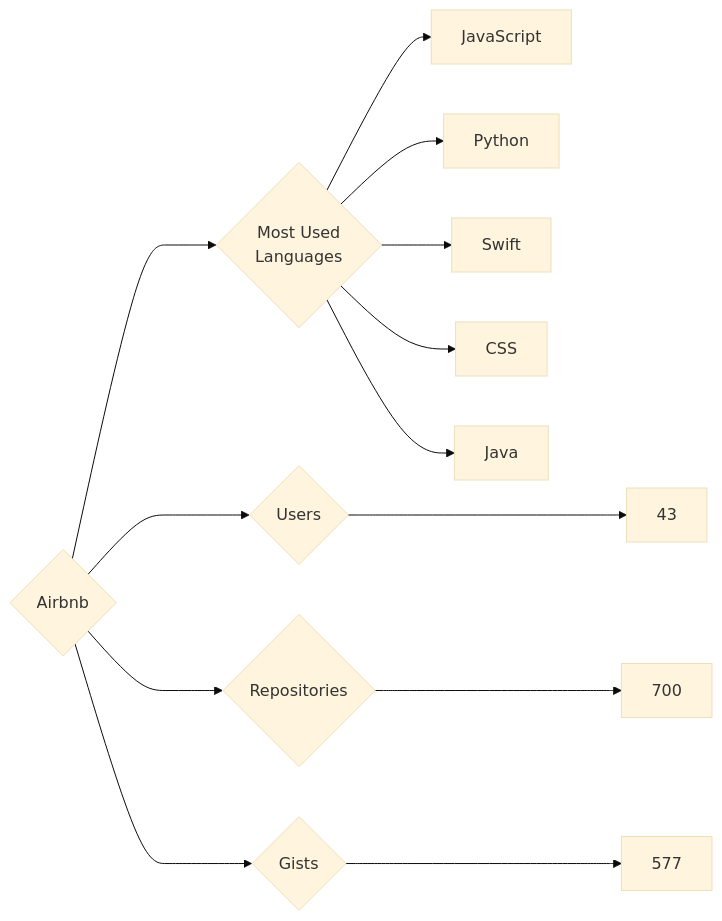
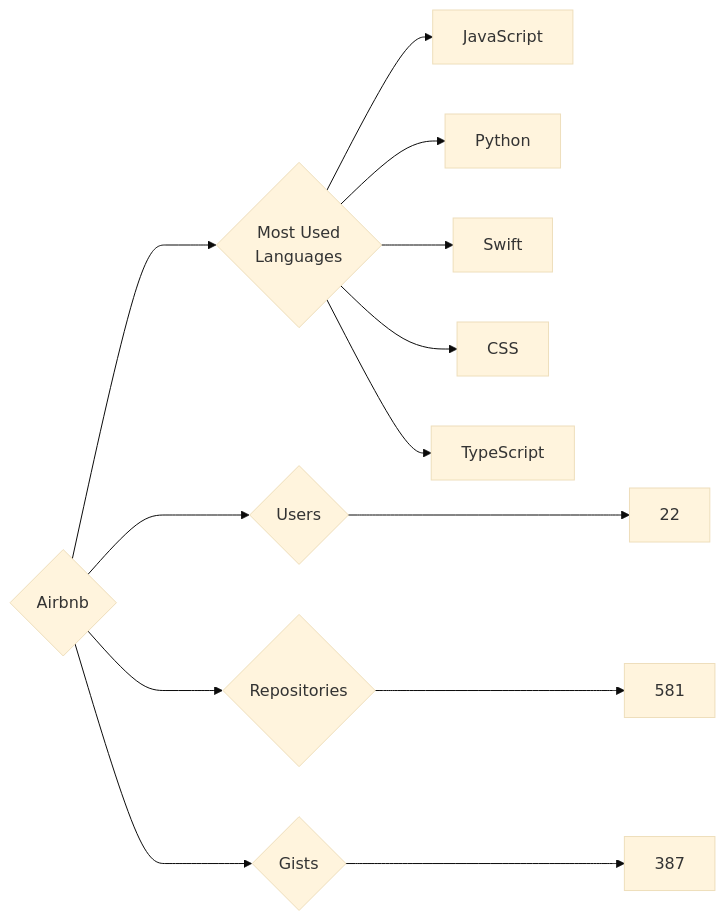
Before and after one commit to trickest/insiders: the diagram in targets/Airbnb/README.md, drawn with Mermaid (base theme). The commit also changed 914 other files, not shown here.

````diff
--- a/targets/Airbnb/README.md
+++ b/targets/Airbnb/README.md
@@ -3,13 +3,13 @@
 ```mermaid
 graph LR
 COMPANY_NAME{Airbnb}
-COMPANY_NAME ---> U{Users} ---> UN[43]
-COMPANY_NAME ---> R{Repositories} ---> RN[700]
-COMPANY_NAME ---> G{Gists} ---> GN[577]
+COMPANY_NAME ---> U{Users} ---> UN[22]
+COMPANY_NAME ---> R{Repositories} ---> RN[581]
+COMPANY_NAME ---> G{Gists} ---> GN[387]
 COMPANY_NAME ---> ML{Most Used<br>Languages}
 ML --> JavaScript[JavaScript]
 ML --> Python[Python]
 ML --> Swift[Swift]
 ML --> CSS[CSS]
-ML --> Java[Java]
+ML --> TypeScript[TypeScript]
 ```
````
